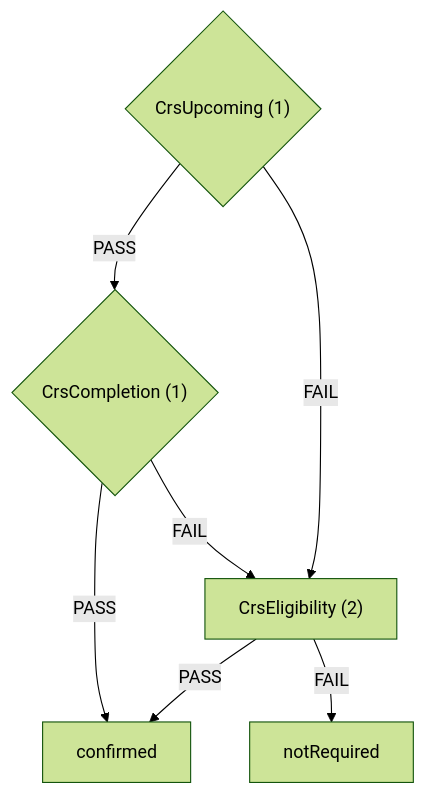
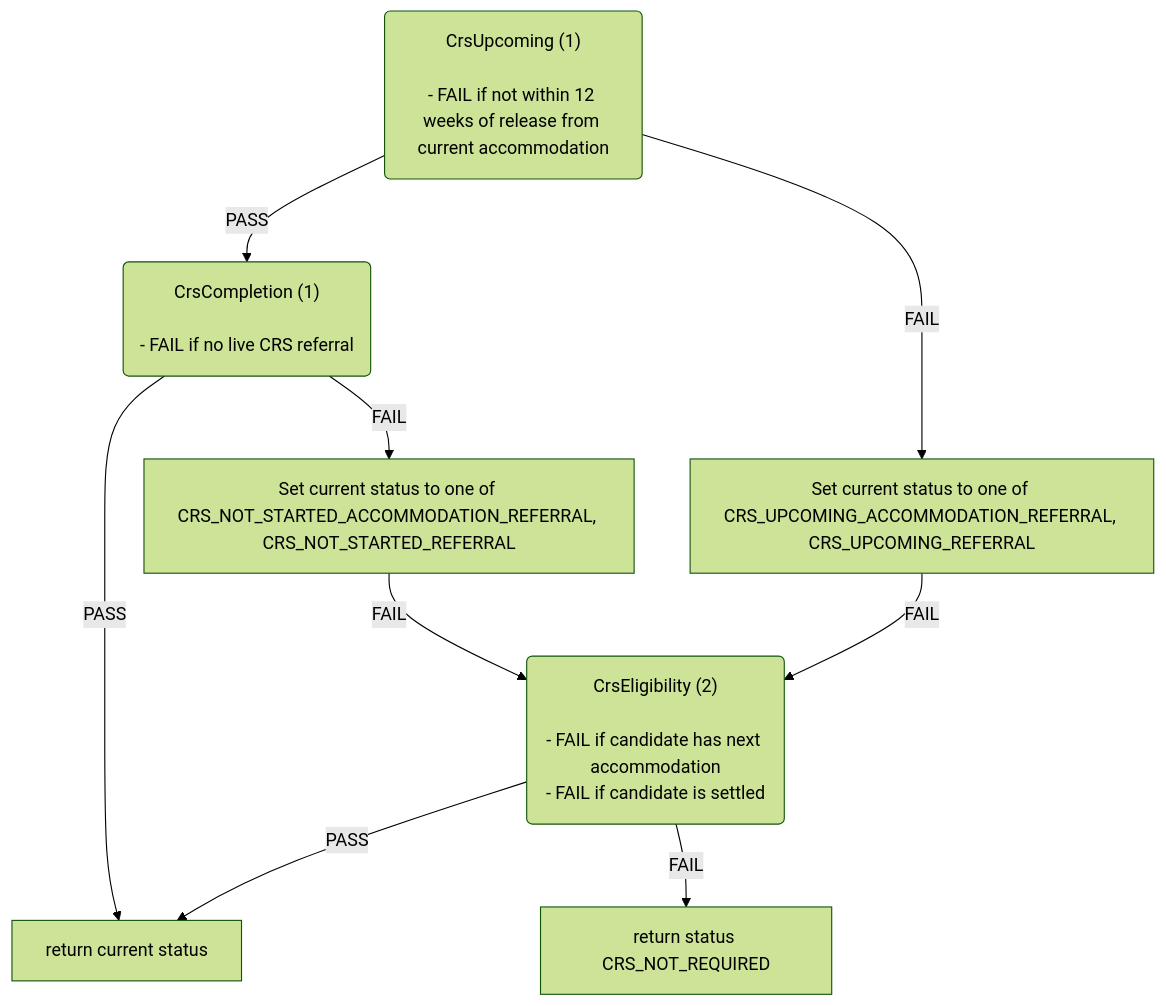
The fourth of 6 diagrams in docs/eligibility-rules-graph.md (ministryofjustice/hmpps-single-accommodation-service-api), drawn with Mermaid (forest theme) before and after one commit. The commit also changed other lines of this file and 25 other files, not shown here.

First line of the commit message:
Rules graph improvements

````diff
--- a/docs/eligibility-rules-graph.md
+++ b/docs/eligibility-rules-graph.md
@@ -246,14 +325,25 @@
 ```mermaid
 flowchart TD
-  CrsUpcoming{"CrsUpcoming (1)"}
-  CrsCompletion{"CrsCompletion (1)"}
-  confirmed["confirmed"]
-  CrsEligibility["CrsEligibility (2)"]
-  notRequired["notRequired"]
-  CrsEligibility -->|PASS| confirmed
-  CrsEligibility -->|FAIL| notRequired
-  CrsCompletion -->|PASS| confirmed
-  CrsCompletion -->|FAIL| CrsEligibility
+  CrsUpcoming("CrsUpcoming (1)
+
+- FAIL if not within 12 weeks of release from current accommodation")
+  CrsCompletion("CrsCompletion (1)
+
+- FAIL if no live CRS referral")
+  return_current_status["return current status"]
+  Set_current_status_to_one_of_CRS_NOT_STARTED_ACCOMMODATION_REFERRAL__CRS_NOT_STARTED_REFERRAL["Set current status to one of CRS_NOT_STARTED_ACCOMMODATION_REFERRAL, CRS_NOT_STARTED_REFERRAL"]
+  CrsEligibility("CrsEligibility (2)
+
+- FAIL if candidate has next accommodation
+- FAIL if candidate is settled")
+  return_status_CRS_NOT_REQUIRED["return status CRS_NOT_REQUIRED"]
+  Set_current_status_to_one_of_CRS_UPCOMING_ACCOMMODATION_REFERRAL__CRS_UPCOMING_REFERRAL["Set current status to one of CRS_UPCOMING_ACCOMMODATION_REFERRAL, CRS_UPCOMING_REFERRAL"]
+  CrsCompletion -->|PASS| return_current_status
+  CrsCompletion -->|FAIL| Set_current_status_to_one_of_CRS_NOT_STARTED_ACCOMMODATION_REFERRAL__CRS_NOT_STARTED_REFERRAL
+  CrsEligibility -->|PASS| return_current_status
+  CrsEligibility -->|FAIL| return_status_CRS_NOT_REQUIRED
+  Set_current_status_to_one_of_CRS_NOT_STARTED_ACCOMMODATION_REFERRAL__CRS_NOT_STARTED_REFERRAL -->|FAIL| CrsEligibility
   CrsUpcoming -->|PASS| CrsCompletion
-  CrsUpcoming -->|FAIL| CrsEligibility
+  CrsUpcoming -->|FAIL| Set_current_status_to_one_of_CRS_UPCOMING_ACCOMMODATION_REFERRAL__CRS_UPCOMING_REFERRAL
+  Set_current_status_to_one_of_CRS_UPCOMING_ACCOMMODATION_REFERRAL__CRS_UPCOMING_REFERRAL -->|FAIL| CrsEligibility
 ```
````
